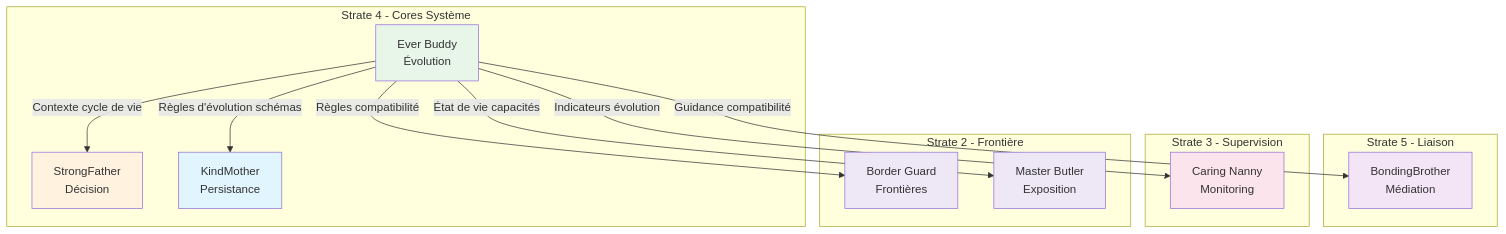
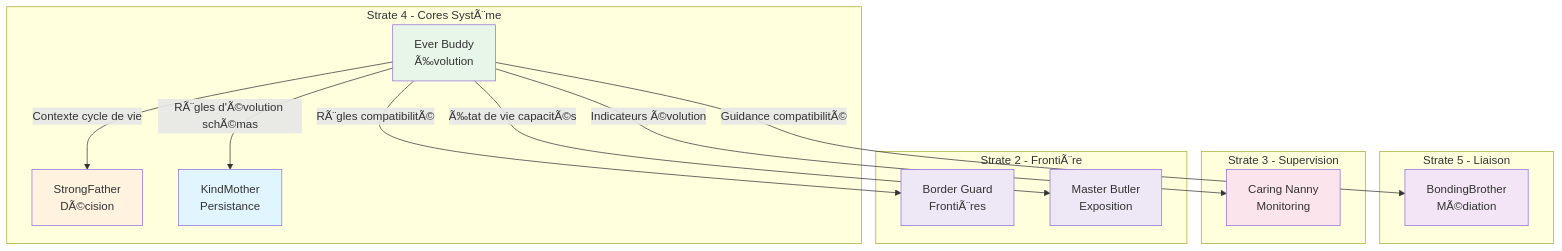
The diagram in docs/cores/EverBuddy/_index.md (StudioMiyukini/miyukini_cog), drawn with Mermaid before and after one commit. The commit also changed other lines of this file and 1287 other files, not shown here.

````diff
--- a/docs/cores/EverBuddy/_index.md
+++ b/docs/cores/EverBuddy/_index.md
@@ -149,42 +149,42 @@
 ```mermaid
 graph TB
-    subgraph Strate4[Strate 4 - Cores Système]
-        SF[StrongFather<br/>Décision]
+    subgraph Strate4[Strate 4 - Cores SystÃ¨me]
+        SF[StrongFather<br/>DÃ©cision]
         KM[KindMother<br/>Persistance]
-        EB[Ever Buddy<br/>Évolution]
+        EB[Ever Buddy<br/>Ã‰volution]
     end
 
     subgraph Strate5[Strate 5 - Liaison]
-        BB[BondingBrother<br/>Médiation]
+        BB[BondingBrother<br/>MÃ©diation]
     end
 
     subgraph Strate3[Strate 3 - Supervision]
         CN[Caring Nanny<br/>Monitoring]
     end
 
-    subgraph Strate2[Strate 2 - Frontière]
-        BG[Border Guard<br/>Frontières]
+    subgraph Strate2[Strate 2 - FrontiÃ¨re]
+        BG[Border Guard<br/>FrontiÃ¨res]
         MB[Master Butler<br/>Exposition]
     end
 
     EB -->|"Contexte cycle de vie"| SF
-    EB -->|"Règles d'évolution schémas"| KM
-    EB -->|"Guidance compatibilité"| BB
-    EB -->|"Indicateurs évolution"| CN
-    EB -->|"Règles compatibilité"| BG
-    EB -->|"État de vie capacités"| MB
+    EB -->|"RÃ¨gles d'Ã©volution schÃ©mas"| KM
+    EB -->|"Guidance compatibilitÃ©"| BB
+    EB -->|"Indicateurs Ã©volution"| CN
+    EB -->|"RÃ¨gles compatibilitÃ©"| BG
+    EB -->|"Ã‰tat de vie capacitÃ©s"| MB
 
     classDef coreEvolution fill:#e8f5e9
     classDef coreData fill:#e1f5fe
     classDef coreDecision fill:#fff3e0
     classDef liaison fill:#f3e5f5
     classDef supervision fill:#fce4ec
     classDef frontier fill:#ede7f6
 
     class EB coreEvolution
     class KM coreData
     class SF coreDecision
     class BB liaison
     class CN supervision
     class BG,MB frontier
 ```
````
